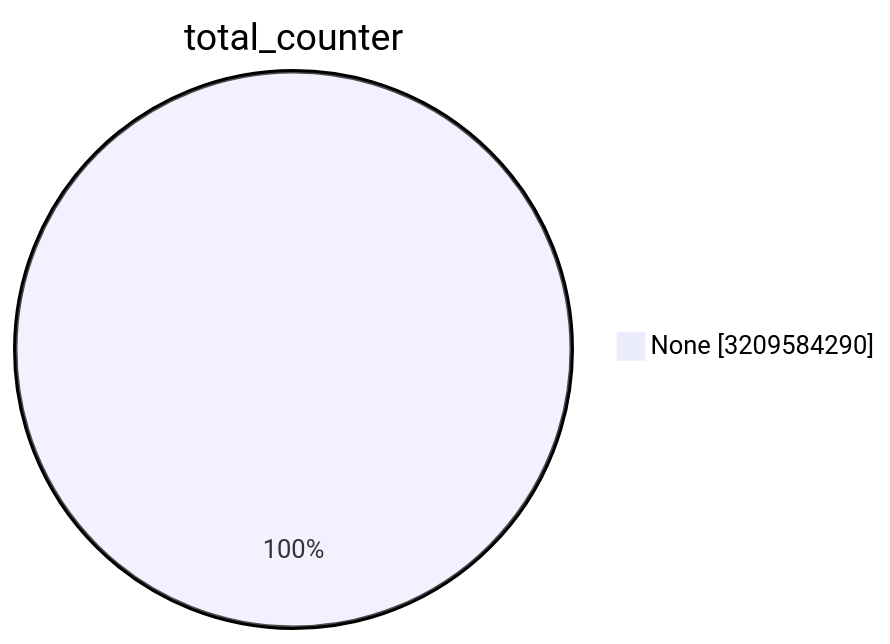
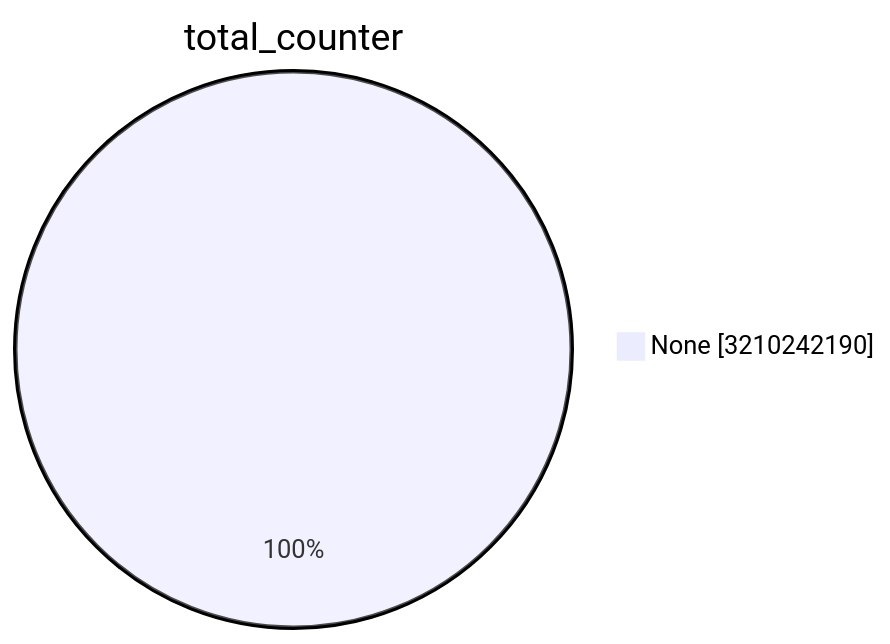
One commit to christiankrug/ctmonitor_visualization changed the first of 15 diagrams in TOTAL/README.md. Above: the diagram before and after it, drawn with Mermaid. The commit also changed other lines of this file, not shown here.

````diff
--- a/TOTAL/README.md
+++ b/TOTAL/README.md
@@ -1,5 +1,5 @@
 ```mermaid
 pie showData
 title total_counter
-"None" :3209584290
+"None" :3210242190
 ```
````
